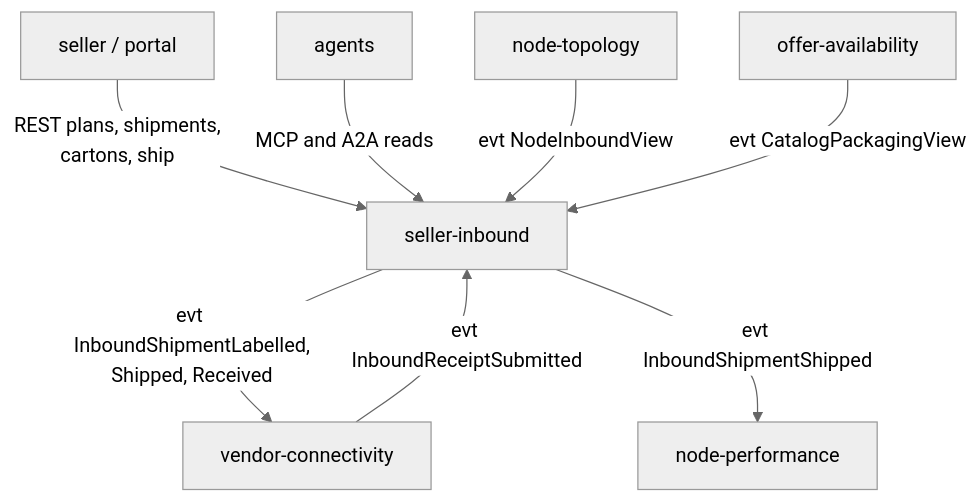
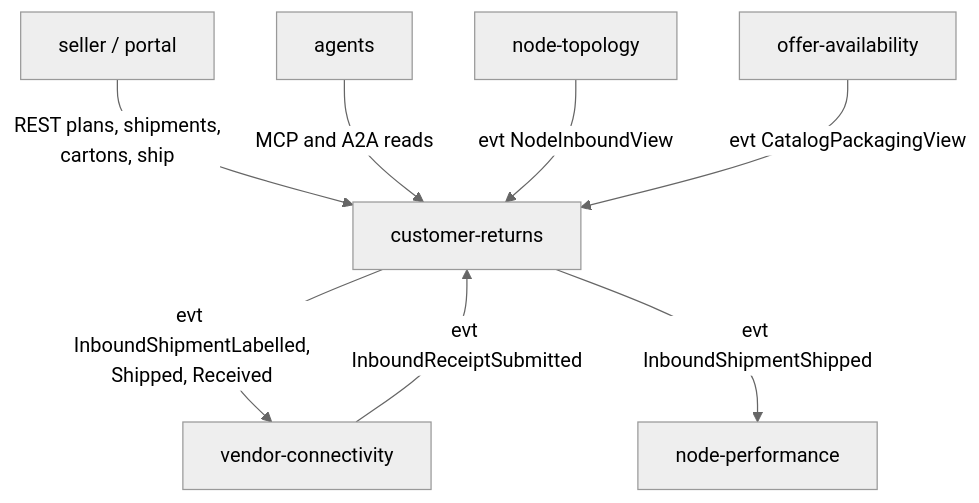
Before and after one commit to IQVO/customer-returns: the diagram in docs/docs/ddd/bounded-context-canvas.md, drawn with Mermaid (neutral theme). The commit also changed other lines of this file and 138 other files, not shown here.

Commit message:
docs: the CloudEvents type catalogue lines, the CR docs site identity, chart sweep to the four consumer groups

````diff
--- a/docs/docs/ddd/bounded-context-canvas.md
+++ b/docs/docs/ddd/bounded-context-canvas.md
@@ -13,17 +13,17 @@
 ```mermaid
 flowchart TB
     SEL["seller / portal"]
     AGT["agents"]
     NT["node-topology"]
     OA["offer-availability"]
-    SI["seller-inbound"]
+    SI["customer-returns"]
     VC["vendor-connectivity"]
     NP["node-performance"]
     SEL -->|"REST plans, shipments,<br/>cartons, ship"| SI
     AGT -->|"MCP and A2A reads"| SI
     NT -->|"evt NodeInboundView"| SI
     OA -->|"evt CatalogPackagingView"| SI
     VC -->|"evt InboundReceiptSubmitted"| SI
     SI -->|"evt InboundShipmentLabelled,<br/>Shipped, Received"| VC
     SI -->|"evt InboundShipmentShipped"| NP
 ```
````
